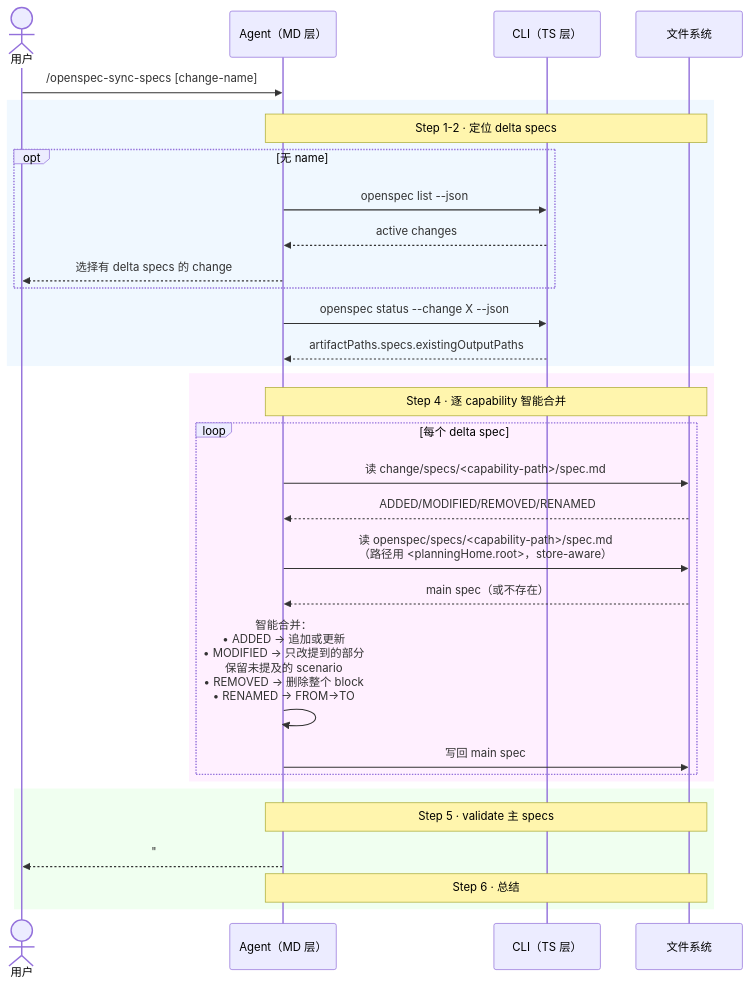
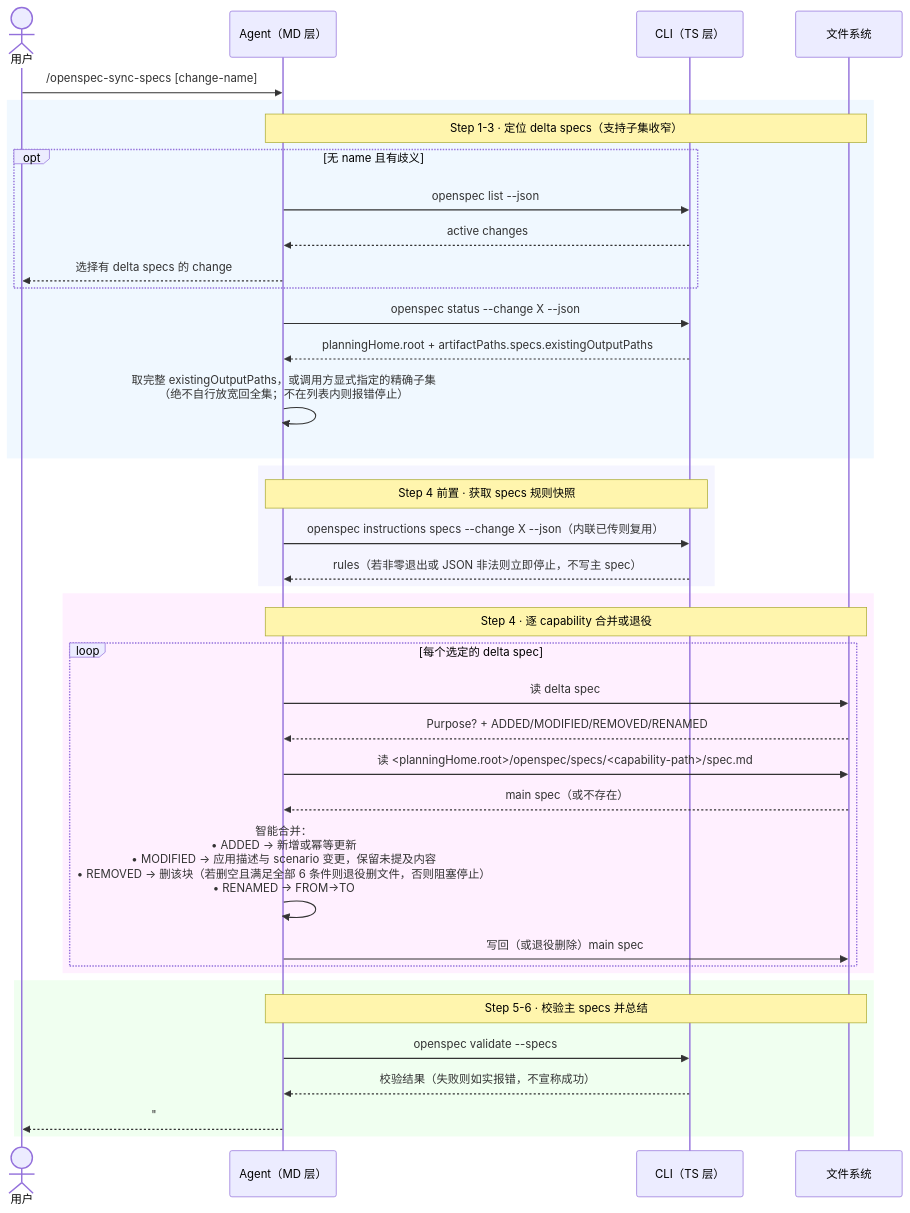
One commit to ethan-jiang-3/OpenSpec changed the diagram in _digested/workflows/07-sync.md. Above: the diagram before and after it, drawn with Mermaid. The commit also changed other lines of this file and 190 other files, not shown here.

````diff
--- a/_digested/workflows/07-sync.md
+++ b/_digested/workflows/07-sync.md
@@ -39,38 +41,46 @@
 ```mermaid
 sequenceDiagram
     actor User as 用户
     participant MD as Agent（MD 层）
     participant TS as CLI（TS 层）
     participant FS as 文件系统
 
     User->>MD: /openspec-sync-specs [change-name]
 
     rect rgb(240, 248, 255)
-        Note over MD,FS: Step 1-2 · 定位 delta specs
-        opt 无 name
+        Note over MD,FS: Step 1-3 · 定位 delta specs（支持子集收窄）
+        opt 无 name 且有歧义
             MD->>TS: openspec list --json
             TS-->>MD: active changes
             MD-->>User: 选择有 delta specs 的 change
         end
         MD->>TS: openspec status --change X --json
-        TS-->>MD: artifactPaths.specs.existingOutputPaths
+        TS-->>MD: planningHome.root + artifactPaths.specs.existingOutputPaths
+        MD->>MD: 取完整 existingOutputPaths，或调用方显式指定的精确子集<br/>（绝不自行放宽回全集；不在列表内则报错停止）
+    end
+
+    rect rgb(245, 245, 255)
+        Note over MD,TS: Step 4 前置 · 获取 specs 规则快照
+        MD->>TS: openspec instructions specs --change X --json（内联已传则复用）
+        TS-->>MD: rules（若非零退出或 JSON 非法则立即停止，不写主 spec）
     end
 
     rect rgb(255, 240, 255)
-        Note over MD,FS: Step 4 · 逐 capability 智能合并
-        loop 每个 delta spec
-            MD->>FS: 读 change/specs/<capability-path>/spec.md
-            FS-->>MD: ADDED/MODIFIED/REMOVED/RENAMED
-            MD->>FS: 读 openspec/specs/<capability-path>/spec.md<br/>（路径用 <planningHome.root>，store-aware）
+        Note over MD,FS: Step 4 · 逐 capability 合并或退役
+        loop 每个选定的 delta spec
+            MD->>FS: 读 delta spec
+            FS-->>MD: Purpose? + ADDED/MODIFIED/REMOVED/RENAMED
+            MD->>FS: 读 <planningHome.root>/openspec/specs/<capability-path>/spec.md
             FS-->>MD: main spec（或不存在）
-            MD->>MD: 智能合并：<br/>• ADDED → 追加或更新<br/>• MODIFIED → 只改提到的部分<br/>  保留未提及的 scenario<br/>• REMOVED → 删除整个 block<br/>• RENAMED → FROM→TO
-            MD->>FS: 写回 main spec
+            MD->>MD: 智能合并：<br/>• ADDED → 新增或幂等更新<br/>• MODIFIED → 应用描述与 scenario 变更，保留未提及内容<br/>• REMOVED → 删该块（若删空且满足全部 6 条件则退役删文件，否则阻塞停止）<br/>• RENAMED → FROM→TO
+            MD->>FS: 写回（或退役删除）main spec
         end
     end
 
     rect rgb(240, 255, 240)
-        Note over MD,FS: Step 5 · validate 主 specs
+        Note over MD,FS: Step 5-6 · 校验主 specs 并总结
+        MD->>TS: openspec validate --specs
+        TS-->>MD: 校验结果（失败则如实报错，不宣称成功）
         MD-->>User: "## Specs Synced<br/>Updated: user-auth (+1 added, ~1 modified)<br/>Change remains active."
-        Note over MD,FS: Step 6 · 总结
     end
 ```
````
